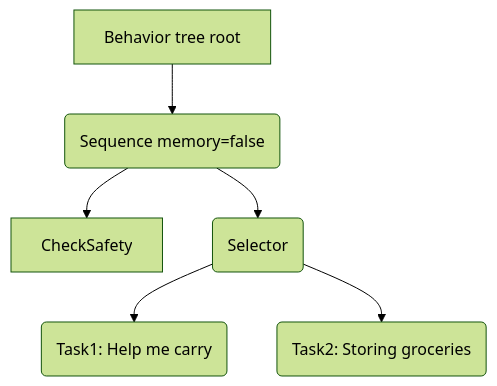
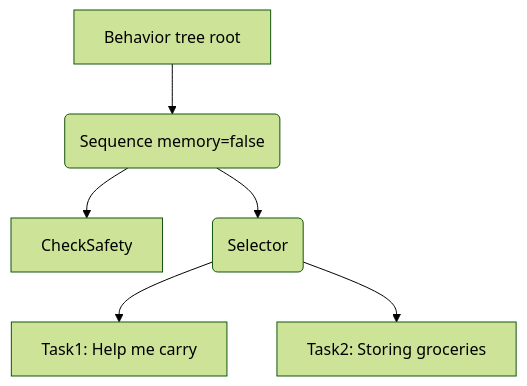
The first of 6 diagrams in code/arlab_decision_making/README.md (una-auxme/arlab), drawn with Mermaid (forest theme) before and after one commit. The commit also changed other lines of this file, not shown here.

Commit message:
task1 + error sequence + formatting

````diff
--- a/code/arlab_decision_making/README.md
+++ b/code/arlab_decision_making/README.md
@@ -8,8 +8,8 @@
 ```mermaid
 flowchart TD
     R[Behavior tree root] --> S0(Sequence memory=false)
     S0 --> CS[CheckSafety]
     S0 --> S1(Selector)
-    S1 --> T1(Task1: Help me carry)
-    S1 --> T2(Task2: Storing groceries)
+    S1 --> T1[Task1: Help me carry]
+    S1 --> T2[Task2: Storing groceries]
 ```
````
